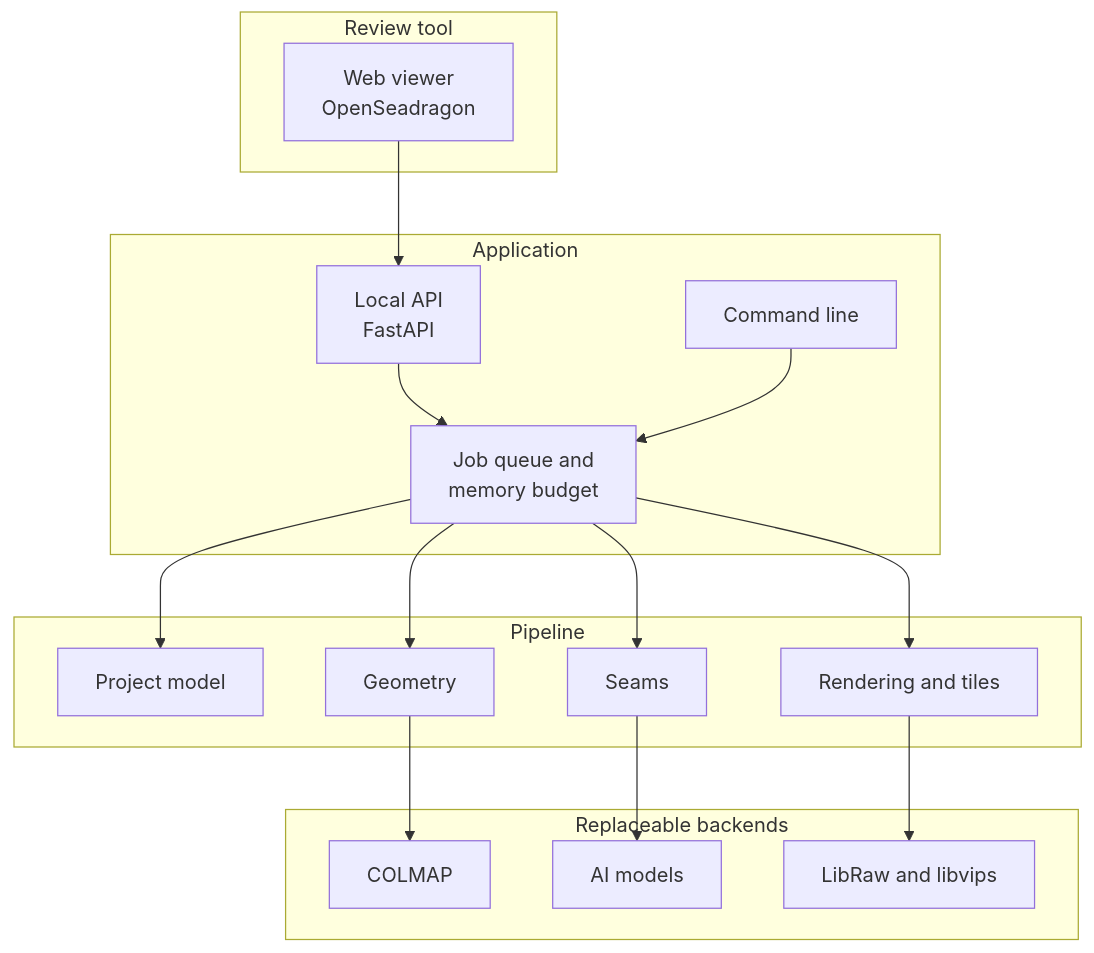
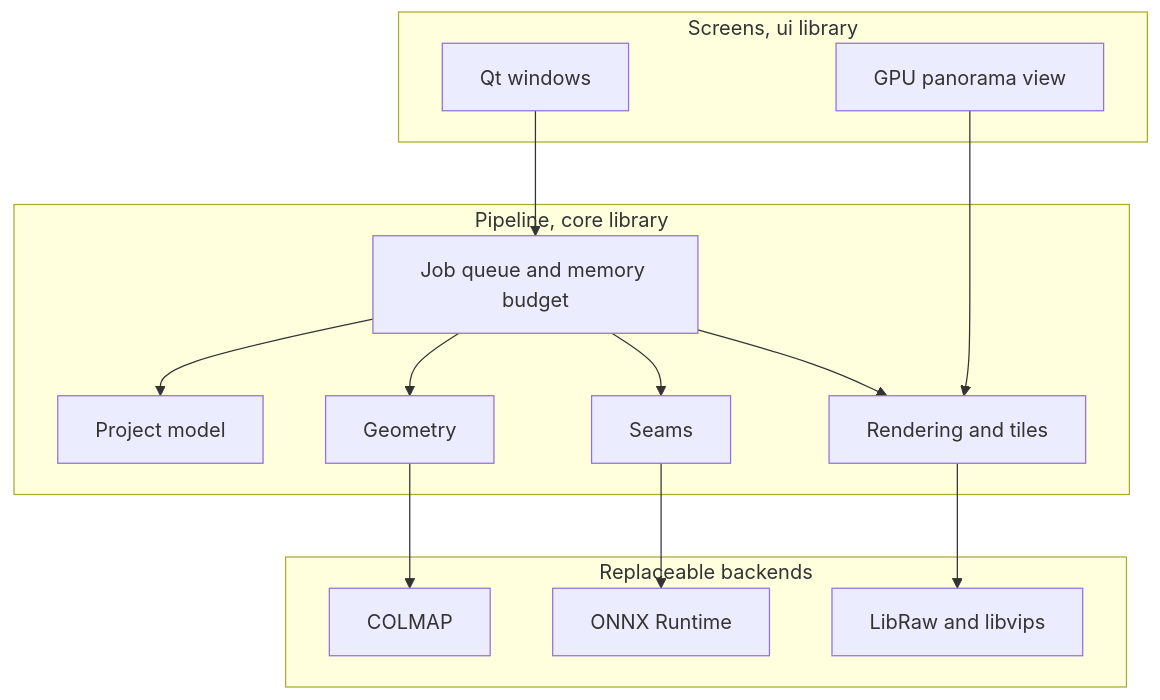
The diagram in docs/development/architecture.md (retotito/StreetPano), drawn with Mermaid before and after one commit. The commit also changed other lines of this file and 73 other files, not shown here.

````diff
--- a/docs/development/architecture.md
+++ b/docs/development/architecture.md
@@ -9,32 +9,28 @@
 ```mermaid
 flowchart TB
-    subgraph UI[Review tool]
-        V[Web viewer<br/>OpenSeadragon]
+    subgraph UI[Screens, ui library]
+        W[Qt windows]
+        V[GPU panorama view]
     end
-    subgraph APP[Application]
-        API[Local API<br/>FastAPI]
-        CLI[Command line]
-        Q[Job queue and<br/>memory budget]
-    end
-    subgraph CORE[Pipeline]
+    subgraph CORE[Pipeline, core library]
+        Q[Job queue and memory budget]
         P[Project model]
         G[Geometry]
         S[Seams]
         R[Rendering and tiles]
     end
     subgraph EXT[Replaceable backends]
         SFM[COLMAP]
-        AI[AI models]
+        AI[ONNX Runtime]
         IMG[LibRaw and libvips]
     end
-    V --> API
-    API --> Q
-    CLI --> Q
+    W --> Q
+    V --> R
     Q --> P
     Q --> G
     Q --> S
     Q --> R
     G --> SFM
     S --> AI
     R --> IMG
 ```
````
